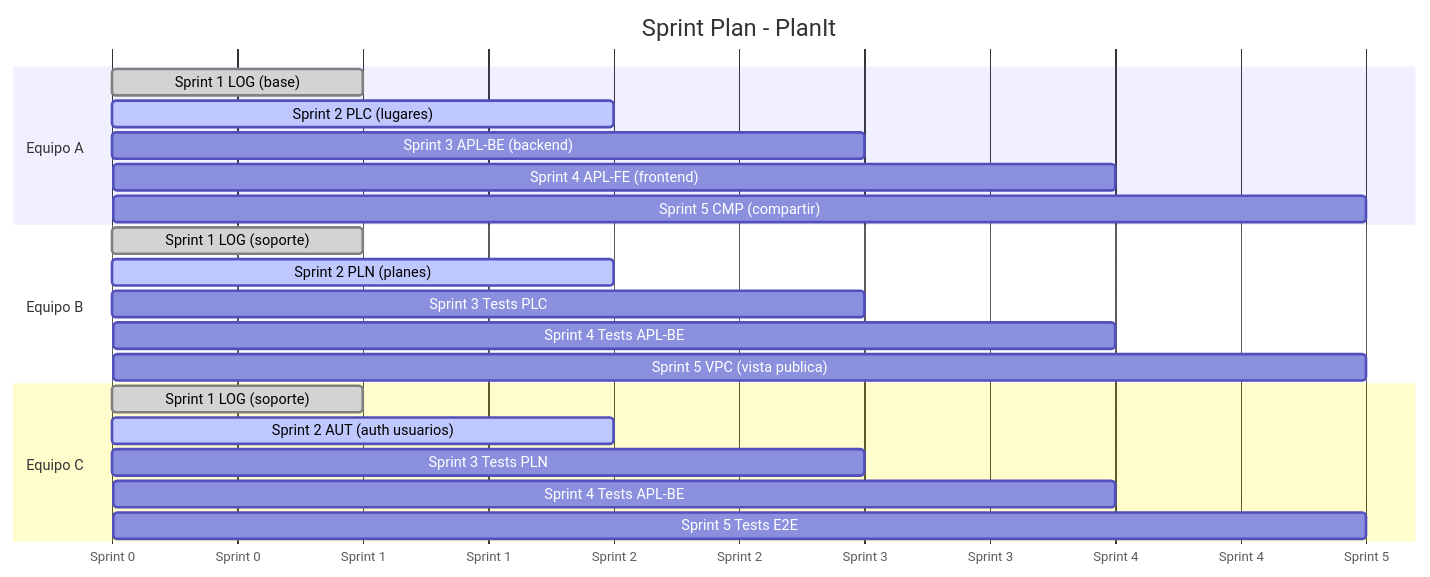
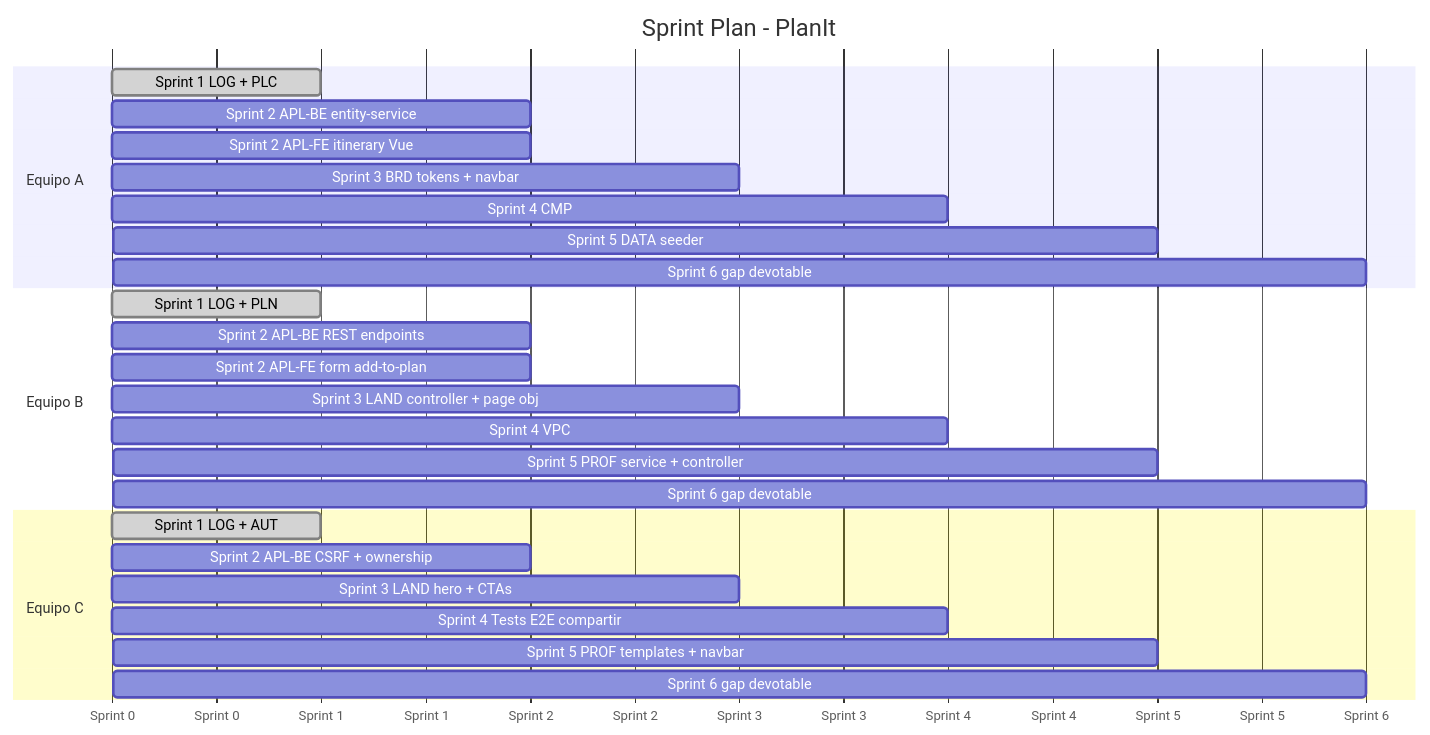
One commit to unlam-tdw/valhalla changed the diagram in docs/sprint-planner.md. Above: the diagram before and after it, drawn with Mermaid. The commit also changed other lines of this file and 2 other files, not shown here.

First line of the commit message:
docs: alinear architecture, README y sprint-planner al plan de 5 sprints

````diff
--- a/docs/sprint-planner.md
+++ b/docs/sprint-planner.md
@@ -5,27 +64,32 @@
 ```mermaid
 gantt
     title Sprint Plan - PlanIt
     dateFormat X
     axisFormat Sprint %s
 
     section Equipo A
-    Sprint 1 LOG (base)        :done,    s1a, 0, 1
-    Sprint 2 PLC (lugares)     :active,  s2a, 1, 2
-    Sprint 3 APL-BE (backend)  :         s3a, 2, 3
-    Sprint 4 APL-FE (frontend) :         s4a, 3, 4
-    Sprint 5 CMP (compartir)   :         s5a, 4, 5
+    Sprint 1 LOG + PLC                  :done, s1a, 0, 1
+    Sprint 2 APL-BE entity-service      :     s2a, 1, 2
+    Sprint 2 APL-FE itinerary Vue        :     s2a2, 1, 2
+    Sprint 3 BRD tokens + navbar         :     s3a, 2, 3
+    Sprint 4 CMP                        :     s4a, 3, 4
+    Sprint 5 DATA seeder                :     s5a, 4, 5
+    Sprint 6 gap devotable              :     s6a, 5, 6
 
     section Equipo B
-    Sprint 1 LOG (soporte)      :done,    s1b, 0, 1
-    Sprint 2 PLN (planes)      :active,  s2b, 1, 2
-    Sprint 3 Tests PLC         :         s3b, 2, 3
-    Sprint 4 Tests APL-BE      :         s4b, 3, 4
-    Sprint 5 VPC (vista publica) :        s5b, 4, 5
+    Sprint 1 LOG + PLN                  :done, s1b, 0, 1
+    Sprint 2 APL-BE REST endpoints      :     s2b, 1, 2
+    Sprint 2 APL-FE form add-to-plan    :     s2b2, 1, 2
+    Sprint 3 LAND controller + page obj :     s3b, 2, 3
+    Sprint 4 VPC                        :     s4b, 3, 4
+    Sprint 5 PROF service + controller  :     s5b, 4, 5
+    Sprint 6 gap devotable              :     s6b, 5, 6
 
     section Equipo C
-    Sprint 1 LOG (soporte)      :done,    s1c, 0, 1
-    Sprint 2 AUT (auth usuarios):active,  s2c, 1, 2
-    Sprint 3 Tests PLN          :         s3c, 2, 3
-    Sprint 4 Tests APL-BE       :         s4c, 3, 4
-    Sprint 5 Tests E2E          :         s5c, 4, 5
+    Sprint 1 LOG + AUT                  :done, s1c, 0, 1
+    Sprint 2 APL-BE CSRF + ownership    :     s2c, 1, 2
+    Sprint 3 LAND hero + CTAs           :     s3c, 2, 3
+    Sprint 4 Tests E2E compartir         :     s4c, 3, 4
+    Sprint 5 PROF templates + navbar    :     s5c, 4, 5
+    Sprint 6 gap devotable              :     s6c, 5, 6
 ```
````
